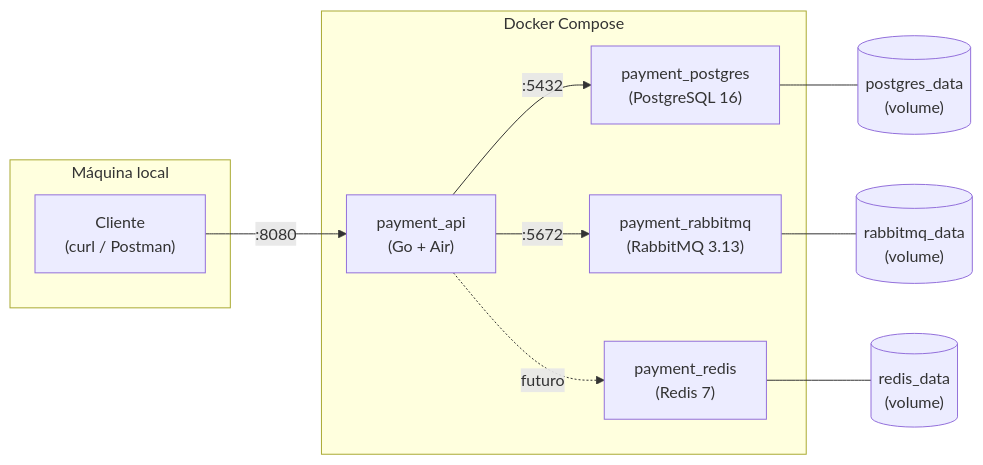
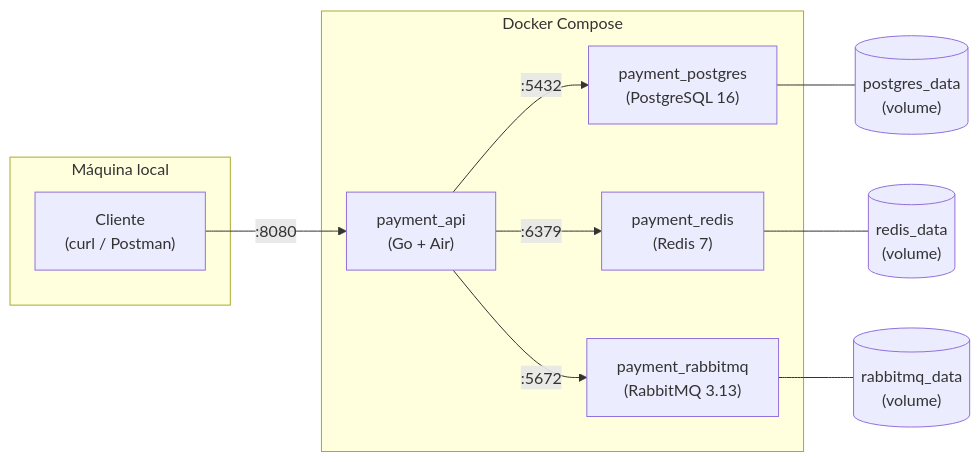
Before and after one commit to VictordaSilvaf/payment_service: the fourth of 4 diagrams in README.md, drawn with Mermaid. The commit also changed other lines of this file, not shown here.

````diff
--- a/README.md
+++ b/README.md
@@ -185,22 +223,22 @@
 ```mermaid
 flowchart LR
     subgraph Host["Máquina local"]
         Client["Cliente\n(curl / Postman)"]
     end
 
     subgraph Docker["Docker Compose"]
         API["payment_api\n(Go + Air)"]
         PG["payment_postgres\n(PostgreSQL 16)"]
         RD["payment_redis\n(Redis 7)"]
         RMQ["payment_rabbitmq\n(RabbitMQ 3.13)"]
     end
 
     Client -->|:8080| API
     API -->|:5432| PG
+    API -->|:6379| RD
     API -->|:5672| RMQ
-    API -.->|futuro| RD
 
     PG --- VolPG[("postgres_data\n(volume)")]
     RD --- VolRD[("redis_data\n(volume)")]
     RMQ --- VolRMQ[("rabbitmq_data\n(volume)")]
 ```
````
